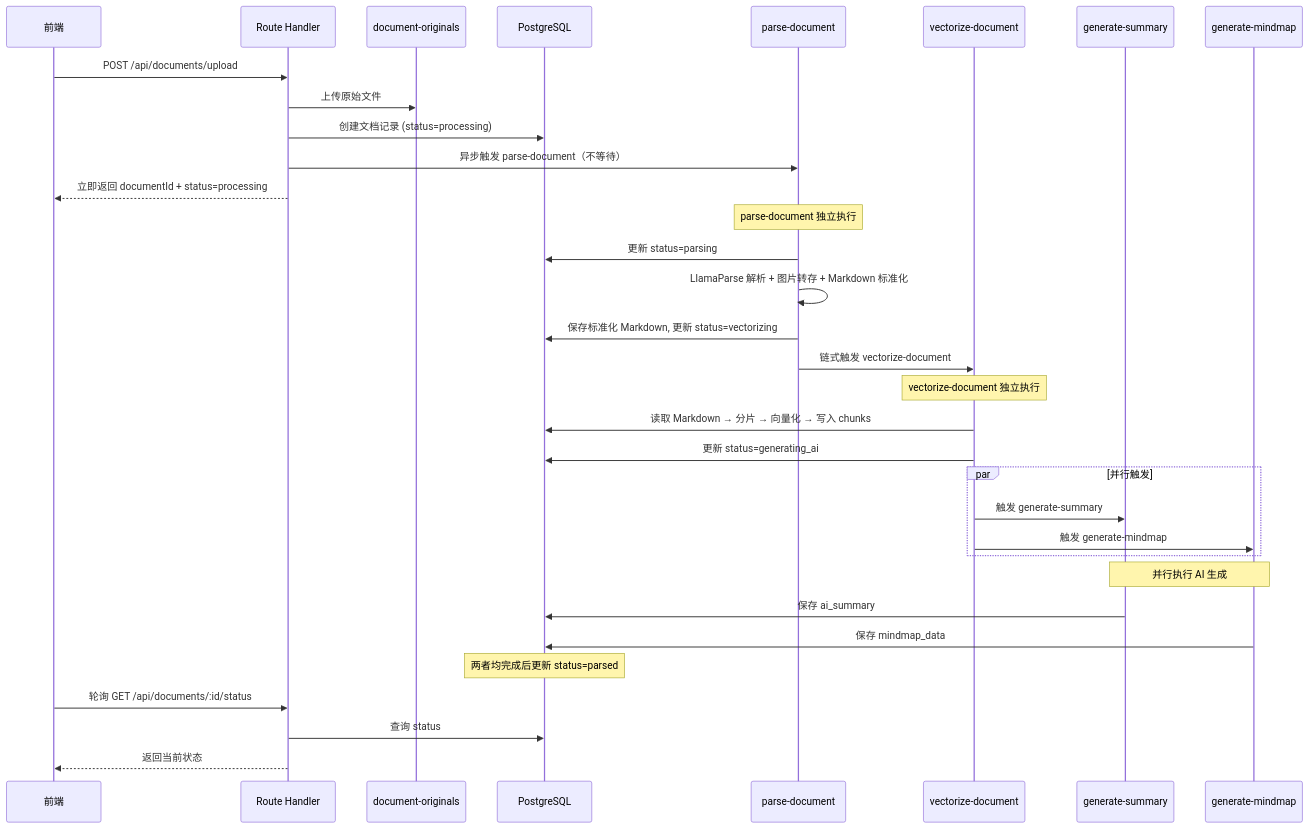
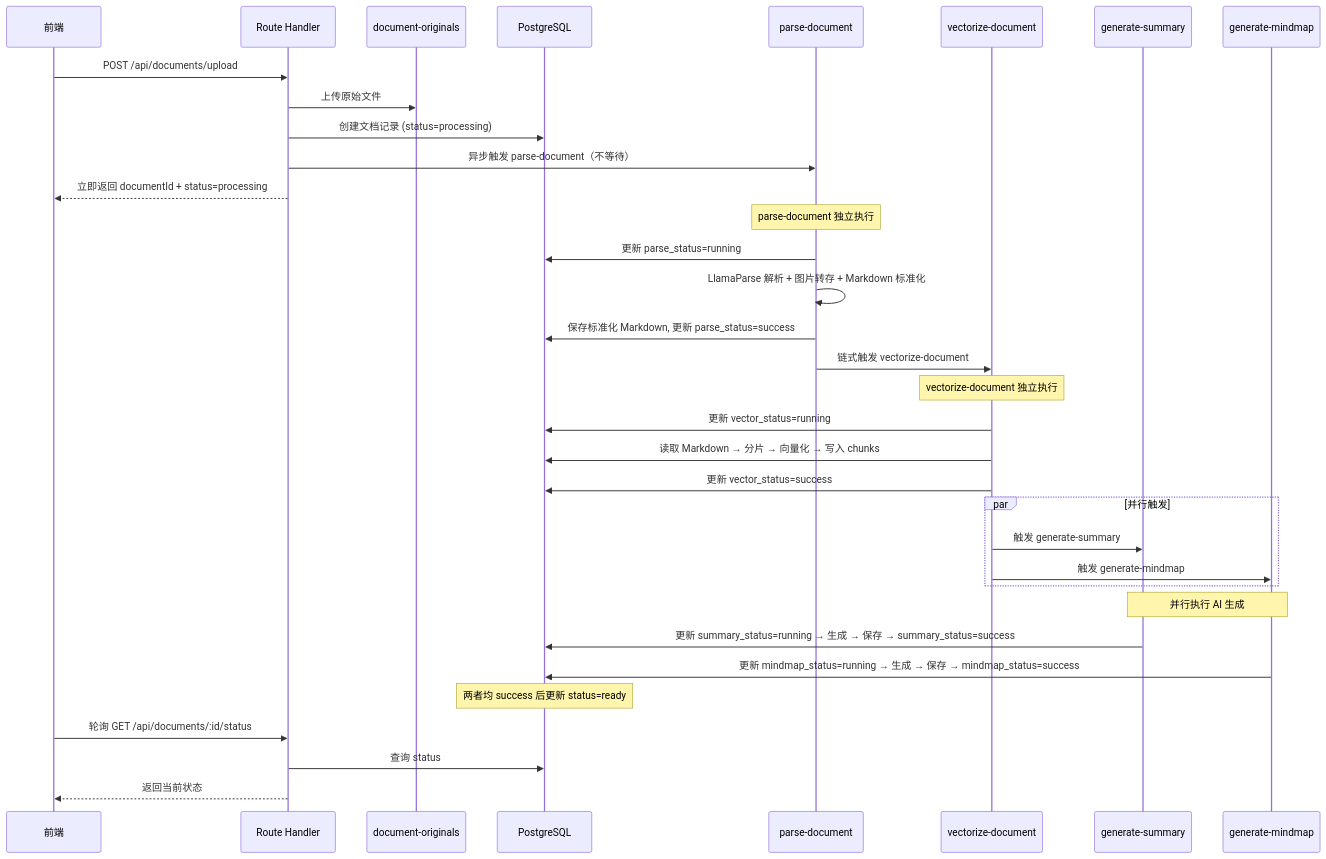
One commit to Jett191/noter changed the eighth of 9 diagrams in .kiro/specs/noter-document-management/design.md. Above: the diagram before and after it, drawn with Mermaid. The commit also changed other lines of this file and 3 other files, not shown here.

````diff
--- a/.kiro/specs/noter-document-management/design.md
+++ b/.kiro/specs/noter-document-management/design.md
@@ -778,40 +777,41 @@
 ```mermaid
 sequenceDiagram
     participant FE as 前端
     participant API as Route Handler
     participant S3 as document-originals
     participant DB as PostgreSQL
     participant EF1 as parse-document
     participant EF2 as vectorize-document
     participant EF3 as generate-summary
     participant EF4 as generate-mindmap
 
     FE->>API: POST /api/documents/upload
     API->>S3: 上传原始文件
     API->>DB: 创建文档记录 (status=processing)
     API->>EF1: 异步触发 parse-document（不等待）
     API-->>FE: 立即返回 documentId + status=processing
 
     Note over EF1: parse-document 独立执行
-    EF1->>DB: 更新 status=parsing
+    EF1->>DB: 更新 parse_status=running
     EF1->>EF1: LlamaParse 解析 + 图片转存 + Markdown 标准化
-    EF1->>DB: 保存标准化 Markdown, 更新 status=vectorizing
+    EF1->>DB: 保存标准化 Markdown, 更新 parse_status=success
     EF1->>EF2: 链式触发 vectorize-document
 
     Note over EF2: vectorize-document 独立执行
+    EF2->>DB: 更新 vector_status=running
     EF2->>DB: 读取 Markdown → 分片 → 向量化 → 写入 chunks
-    EF2->>DB: 更新 status=generating_ai
+    EF2->>DB: 更新 vector_status=success
     par 并行触发
         EF2->>EF3: 触发 generate-summary
         EF2->>EF4: 触发 generate-mindmap
     end
 
     Note over EF3,EF4: 并行执行 AI 生成
-    EF3->>DB: 保存 ai_summary
-    EF4->>DB: 保存 mindmap_data
-    Note over DB: 两者均完成后更新 status=parsed
+    EF3->>DB: 更新 summary_status=running → 生成 → 保存 → summary_status=success
+    EF4->>DB: 更新 mindmap_status=running → 生成 → 保存 → mindmap_status=success
+    Note over DB: 两者均 success 后更新 status=ready
 
     FE->>API: 轮询 GET /api/documents/:id/status
     API->>DB: 查询 status
     API-->>FE: 返回当前状态
 ```
````
